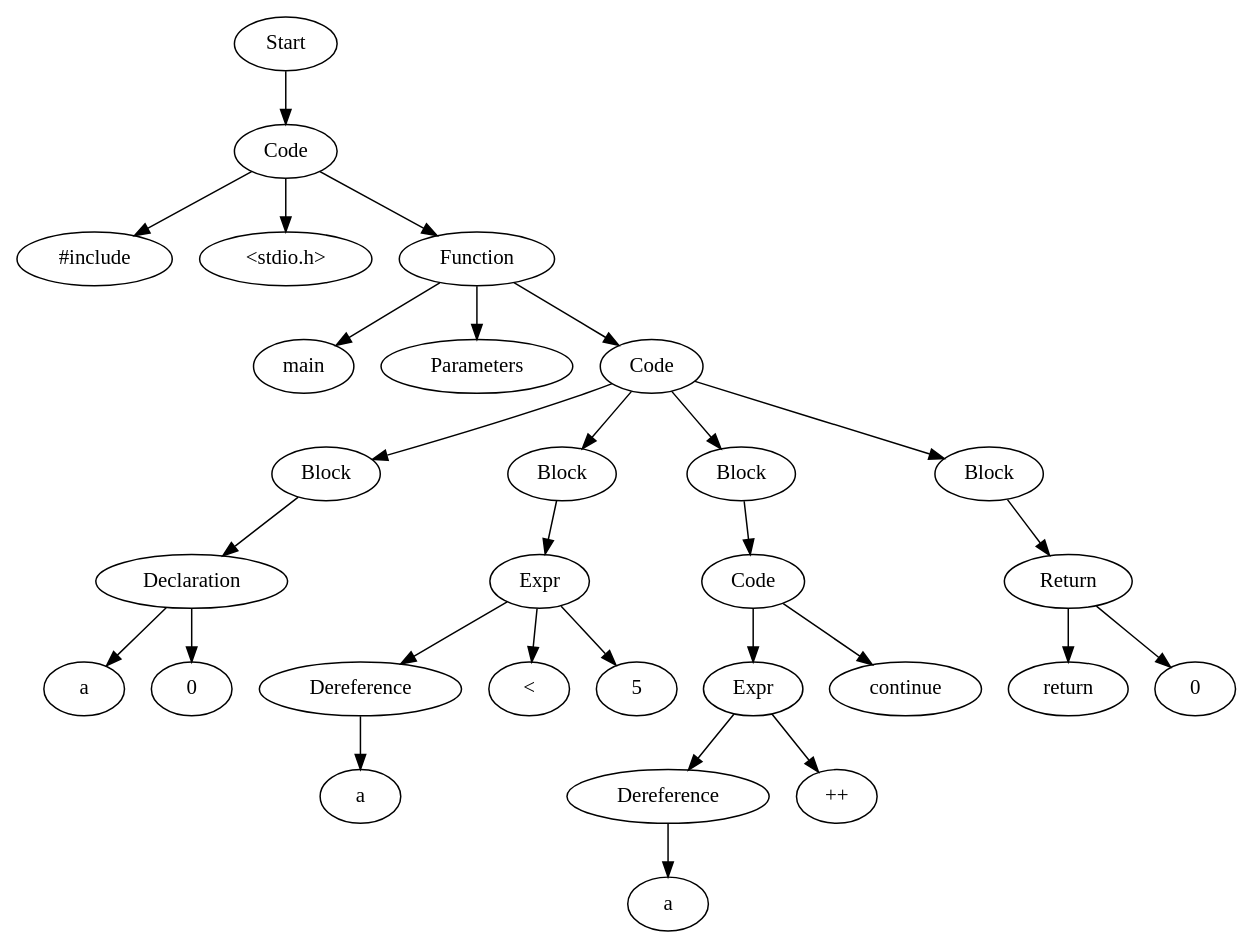
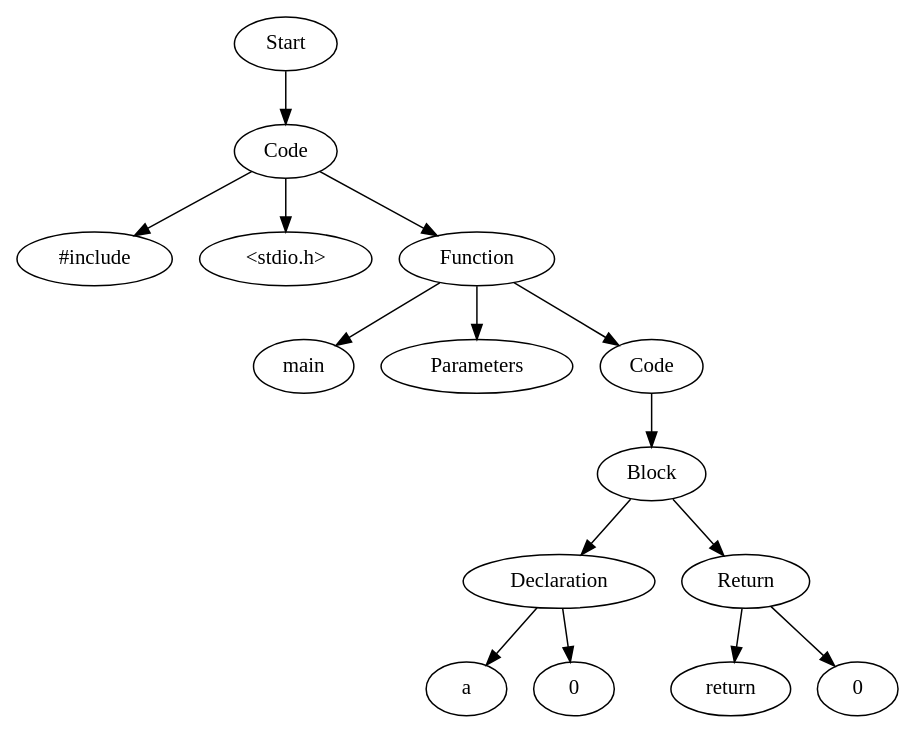
The diagram in TestCases/ASTTests/DeadCodeRemoveTests/CreateTests/read_file_after.dot (Are-you-listening/Compilers), drawn with Graphviz before and after one commit. The commit also changed 35 other files, not shown here.

```diff
--- a/TestCases/ASTTests/DeadCodeRemoveTests/CreateTests/read_file_after.dot
+++ b/TestCases/ASTTests/DeadCodeRemoveTests/CreateTests/read_file_after.dot
@@ -1,59 +1,31 @@
 digraph AST {
-  "129136273056304" [label="Start"];
-  "129136273056304" -> "129136273058560";
-  "129136273058560" [label="Code"];
-  "129136273058560" -> "129136273048192";
-  "129136273058560" -> "129136273054528";
-  "129136273058560" -> "129136273052224";
-  "129136273048192" [label="#include"];
-  "129136273054528" [label="<stdio.h>"];
-  "129136273052224" [label="Function"];
-  "129136273052224" -> "129136273062784";
-  "129136273052224" -> "129136273061584";
-  "129136273052224" -> "129136273061008";
-  "129136273062784" [label="main"];
-  "129136273061584" [label="Parameters"];
-  "129136273061008" [label="Code"];
-  "129136273061008" -> "129136271172576";
-  "129136273061008" -> "129136271170656";
-  "129136273061008" -> "129136271166816";
-  "129136273061008" -> "129136271166624";
-  "129136271172576" [label="Block"];
-  "129136271172576" -> "129136271171568";
-  "129136271171568" [label="Declaration"];
-  "129136271171568" -> "129136271172528";
-  "129136271171568" -> "129136271170608";
-  "129136271172528" [label="a"];
-  "129136271170608" [label="0"];
-  "129136271170656" [label="Block"];
-  "129136271170656" -> "129136271169648";
-  "129136271169648" [label="Expr"];
-  "129136271169648" -> "129136271170320";
-  "129136271169648" -> "129136271167872";
-  "129136271169648" -> "129136271168352";
-  "129136271170320" [label="Dereference"];
-  "129136271170320" -> "129136271167920";
-  "129136271167920" [label="a"];
-  "129136271167872" [label="<"];
-  "129136271168352" [label="5"];
-  "129136271166816" [label="Block"];
-  "129136271166816" -> "129136271166864";
-  "129136271166864" [label="Code"];
-  "129136271166864" -> "129136271166720";
-  "129136271166864" -> "129136271166672";
-  "129136271166720" [label="Expr"];
-  "129136271166720" -> "129136271166768";
-  "129136271166720" -> "129136271166576";
-  "129136271166768" [label="Dereference"];
-  "129136271166768" -> "129136271166528";
-  "129136271166528" [label="a"];
-  "129136271166576" [label="++"];
-  "129136271166672" [label="continue"];
-  "129136271166624" [label="Block"];
-  "129136271166624" -> "129136271166384";
-  "129136271166384" [label="Return"];
-  "129136271166384" -> "129136271166288";
-  "129136271166384" -> "129136271166240";
-  "129136271166288" [label="return"];
-  "129136271166240" [label="0"];
+  "128413390843536" [label="Start"];
+  "128413390843536" -> "128413391072768";
+  "128413391072768" [label="Code"];
+  "128413391072768" -> "128413391073200";
+  "128413391072768" -> "128413391063024";
+  "128413391072768" -> "128413391062640";
+  "128413391073200" [label="#include"];
+  "128413391063024" [label="<stdio.h>"];
+  "128413391062640" [label="Function"];
+  "128413391062640" -> "128413391072912";
+  "128413391062640" -> "128413391072576";
+  "128413391062640" -> "128413391072672";
+  "128413391072912" [label="main"];
+  "128413391072576" [label="Parameters"];
+  "128413391072672" [label="Code"];
+  "128413391072672" -> "128413391072624";
+  "128413391072624" [label="Block"];
+  "128413391072624" -> "128413391072192";
+  "128413391072624" -> "128413391067968";
+  "128413391072192" [label="Declaration"];
+  "128413391072192" -> "128413391066288";
+  "128413391072192" -> "128413391073776";
+  "128413391066288" [label="a"];
+  "128413391073776" [label="0"];
+  "128413391067968" [label="Return"];
+  "128413391067968" -> "128413391062304";
+  "128413391067968" -> "128413391073248";
+  "128413391062304" [label="return"];
+  "128413391073248" [label="0"];
 }
```
